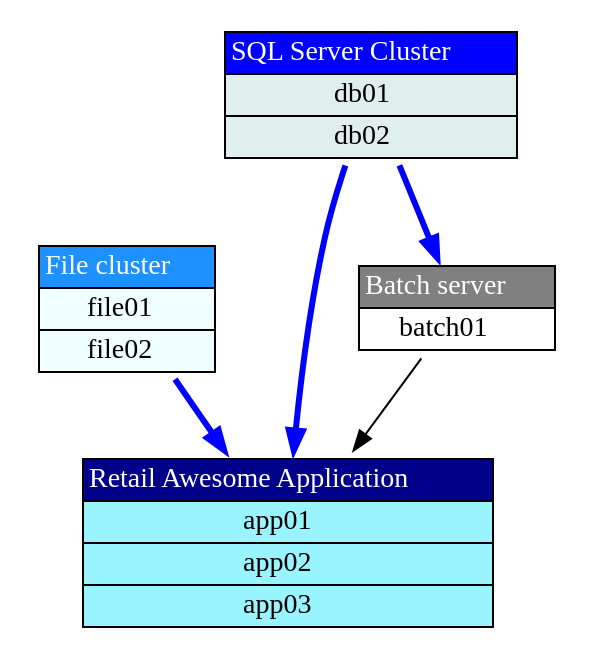
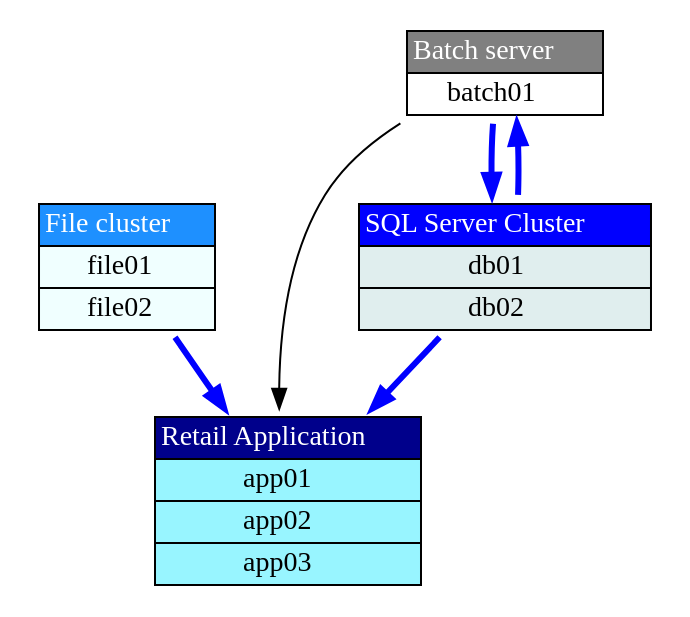
Before and after one commit to Kimbahir/ServiceTree: the diagram in output/temp.gv, drawn with Graphviz. The commit also changed 19 other files, not shown here.

```diff
--- a/output/temp.gv
+++ b/output/temp.gv
@@ -1,13 +1,14 @@
 // MyTree
 digraph {
 	rankdir=TB
 	shape=circle
-	retail [label=<<table border="0" cellspacing="0"><tr><td port="port0" border="1" bgcolor="blue4"><font color="white">Retail Awesome Application</font></td></tr><tr><td port="port1" border="1" bgcolor="cadetblue1"><font color="black">app01</font></td></tr><tr><td port="port2" border="1" bgcolor="cadetblue1"><font color="black">app02</font></td></tr><tr><td port="port3" border="1" bgcolor="cadetblue1"><font color="black">app03</font></td></tr></table>> URL="https://github.com/Kimbahir/ServiceTree" shape=none]
+	retail [label=<<table border="0" cellspacing="0"><tr><td port="port0" border="1" bgcolor="blue4"><font color="white">Retail Application</font></td></tr><tr><td port="port1" border="1" bgcolor="cadetblue1"><font color="black">app01</font></td></tr><tr><td port="port2" border="1" bgcolor="cadetblue1"><font color="black">app02</font></td></tr><tr><td port="port3" border="1" bgcolor="cadetblue1"><font color="black">app03</font></td></tr></table>> URL="https://github.com/Kimbahir/ServiceTree" shape=none]
 	fileservice [label=<<table border="0" cellspacing="0"><tr><td port="port0" border="1" bgcolor="dodgerblue1"><font color="white">File cluster</font></td></tr><tr><td port="port1" border="1" bgcolor="azure"><font color="black">file01</font></td></tr><tr><td port="port2" border="1" bgcolor="azure"><font color="black">file02</font></td></tr></table>> URL="https://github.com/Kimbahir/ServiceTree" shape=none]
 	batchservice [label=<<table border="0" cellspacing="0"><tr><td port="port0" border="1" bgcolor="grey"><font color="white">Batch server</font></td></tr><tr><td port="port1" border="1" bgcolor="white"><font color="black">batch01</font></td></tr></table>> URL="https://github.com/Kimbahir/ServiceTree" shape=none]
 	dbcluster [label=<<table border="0" cellspacing="0"><tr><td port="port0" border="1" bgcolor="blue"><font color="white">SQL Server Cluster</font></td></tr><tr><td port="port1" border="1" bgcolor="azure2"><font color="black">db01</font></td></tr><tr><td port="port2" border="1" bgcolor="azure2"><font color="black">db02</font></td></tr></table>> URL="https://github.com/Kimbahir/ServiceTree" shape=none]
 	dbcluster -> retail [color=blue penwidth=3.0]
+	batchservice -> dbcluster [color=blue penwidth=3.0]
 	dbcluster -> batchservice [color=blue penwidth=3.0]
 	fileservice -> retail [color=blue penwidth=3.0]
 	batchservice -> retail
 }
```
